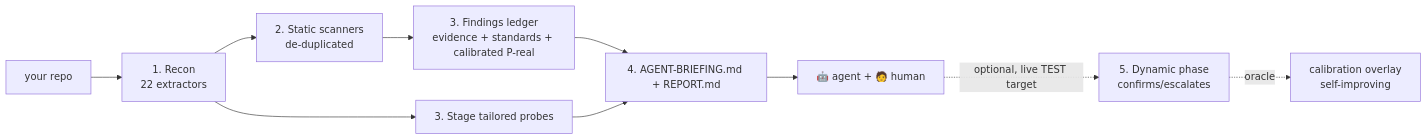
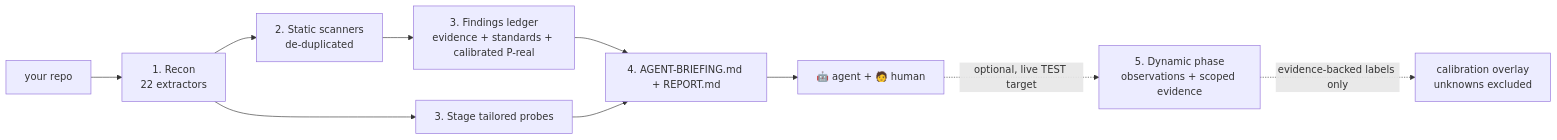
One commit to raccioly/websec-validator changed the diagram in docs-canonical/ARCHITECTURE.md. Above: the diagram before and after it, drawn with Mermaid. The commit also changed other lines of this file and 140 other files, not shown here.

````diff
--- a/docs-canonical/ARCHITECTURE.md
+++ b/docs-canonical/ARCHITECTURE.md
@@ -135,12 +143,12 @@
 ```mermaid
 graph LR
     R[your repo] --> A[1. Recon<br/>22 extractors]
     A --> B[2. Static scanners<br/>de-duplicated]
     B --> C[3. Findings ledger<br/>evidence + standards + calibrated P-real]
     A --> D[3. Stage tailored probes]
     C --> E[4. AGENT-BRIEFING.md + REPORT.md]
     D --> E
     E --> F[🤖 agent + 🧑 human]
-    F -. optional, live TEST target .-> G[5. Dynamic phase<br/>confirms/escalates] 
-    G -. oracle .-> H[calibration overlay<br/>self-improving]
+    F -. optional, live TEST target .-> G[5. Dynamic phase<br/>observations + scoped evidence]
+    G -. evidence-backed labels only .-> H[calibration overlay<br/>unknowns excluded]
 ```
````
